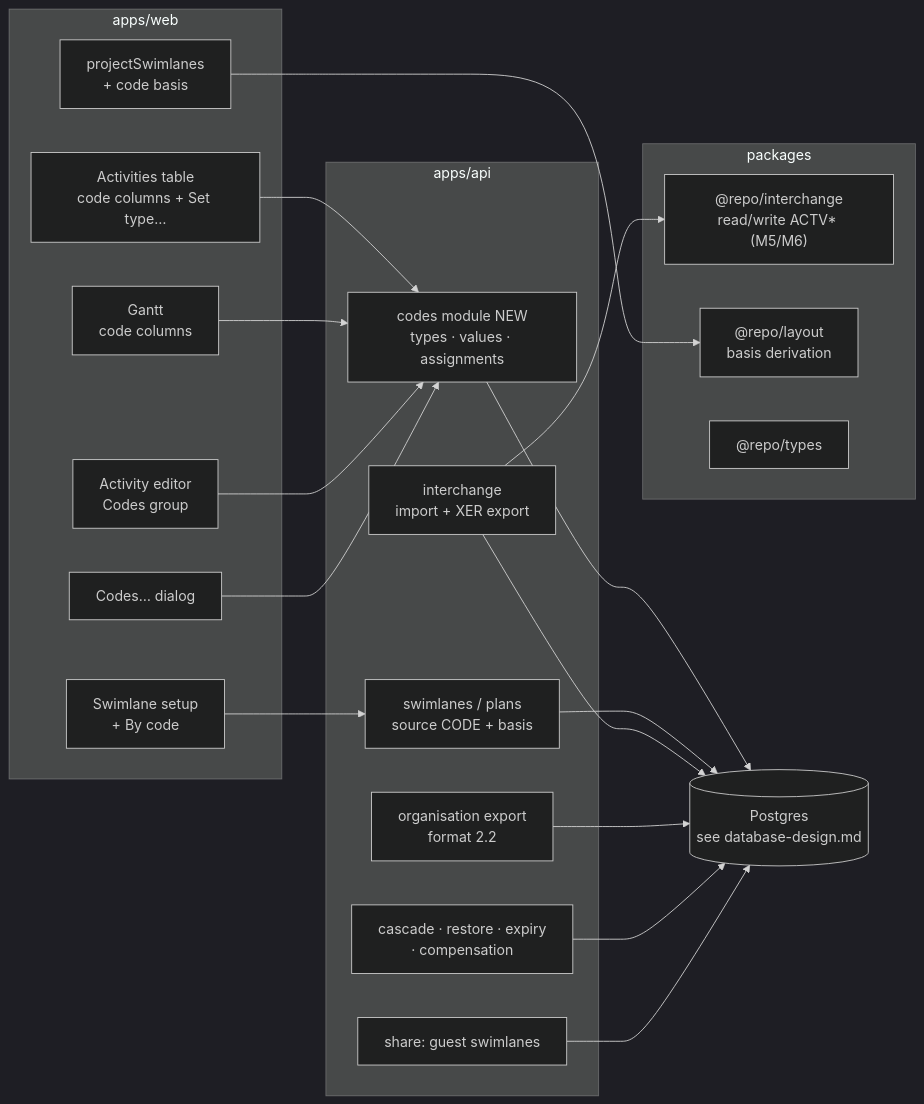
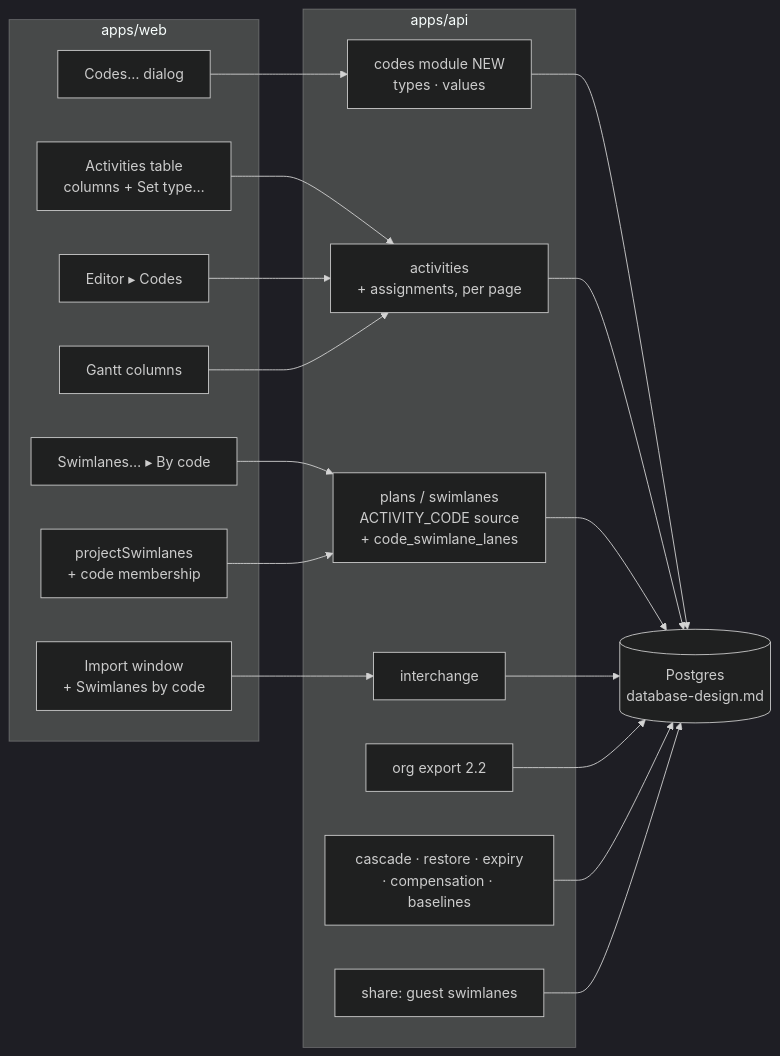
Before and after one commit to HuttonHomeHub/SchedulePoint_1: the first of 3 diagrams in docs/specs/p6-activity-codes/spec.md, drawn with Mermaid (dark theme). The commit also changed other lines of this file and 2 other files, not shown here.

First line of the commit message:
docs(docs): add the database design and fold it into the P6 activity-codes spec

````diff
--- a/docs/specs/p6-activity-codes/spec.md
+++ b/docs/specs/p6-activity-codes/spec.md
@@ -376,30 +393,29 @@
 ```mermaid
 flowchart LR
   subgraph web["apps/web"]
-    TBL[Activities table<br/>code columns + Set type…]
-    GNT[Gantt<br/>code columns]
-    EDT[Activity editor<br/>Codes group]
+    IMP[Import window<br/>+ Swimlanes by code]
+    TBL[Activities table<br/>columns + Set type…]
+    GNT[Gantt columns]
+    EDT[Editor ▸ Codes]
     DLG[Codes… dialog]
-    SET[Swimlane setup<br/>+ By code]
-    PRJ[projectSwimlanes<br/>+ code basis]
+    SET[Swimlanes… ▸ By code]
+    PRJ[projectSwimlanes<br/>+ code membership]
   end
   subgraph api["apps/api"]
-    COD[codes module NEW<br/>types · values · assignments]
-    SWL[swimlanes / plans<br/>source CODE + basis]
-    INT[interchange<br/>import + XER export]
-    OEX[organisation export<br/>format 2.2]
-    LIFE[cascade · restore · expiry<br/>· compensation]
+    COD[codes module NEW<br/>types · values]
+    ACT[activities<br/>+ assignments, per page]
+    SWL[plans / swimlanes<br/>ACTIVITY_CODE source<br/>+ code_swimlane_lanes]
+    INT[interchange]
+    OEX[org export 2.2]
+    LIFE[cascade · restore · expiry<br/>· compensation · baselines]
     SHR[share: guest swimlanes]
   end
-  subgraph pkg["packages"]
-    IC["@repo/interchange<br/>read/write ACTV* (M5/M6)"]
-    LY["@repo/layout<br/>basis derivation"]
-    TY["@repo/types"]
-  end
-  DB[(Postgres<br/>see database-design.md)]
-  TBL & GNT & EDT & DLG --> COD
+  DB[(Postgres<br/>database-design.md)]
+  IMP --> INT
+  TBL & EDT --> ACT
+  DLG --> COD
   SET --> SWL
-  PRJ --> LY
-  COD & SWL & INT & OEX & LIFE & SHR --> DB
-  INT --> IC
+  GNT --> ACT
+  PRJ --> SWL
+  COD & ACT & SWL & INT & OEX & LIFE & SHR --> DB
 ```
````
